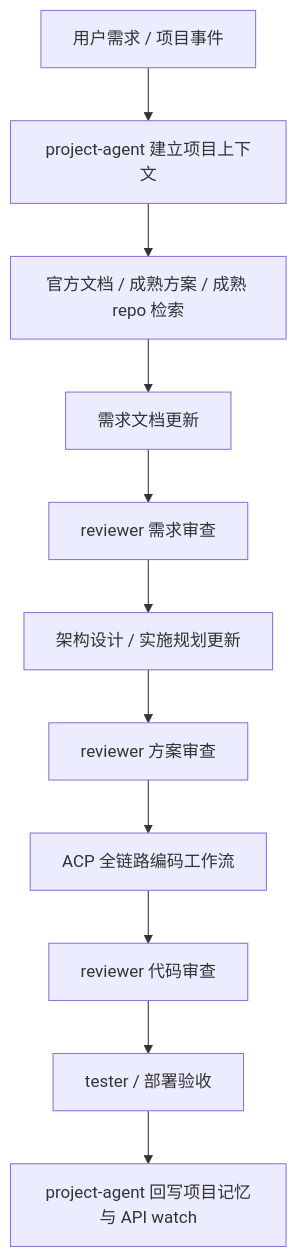
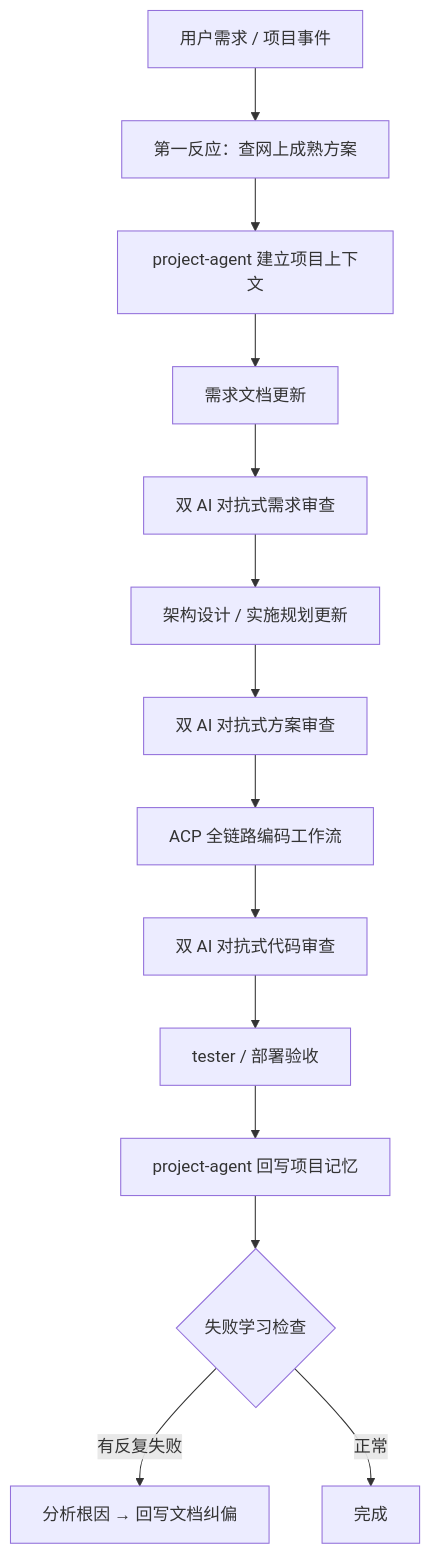
The first of 3 diagrams in docs/核心主工作流/项目交付优先工作流/项目交付优先工作流架构设计.md (XX-Trader/openclaw-hardflow-backup-20260302), drawn with Mermaid before and after one commit. The commit also changed other lines of this file and 38 other files, not shown here.

````diff
--- a/docs/核心主工作流/项目交付优先工作流/项目交付优先工作流架构设计.md
+++ b/docs/核心主工作流/项目交付优先工作流/项目交付优先工作流架构设计.md
@@ -21,13 +21,16 @@
 ```mermaid
 graph TD
-    A[用户需求 / 项目事件] --> B[project-agent 建立项目上下文]
-    B --> C[官方文档 / 成熟方案 / 成熟 repo 检索]
+    A[用户需求 / 项目事件] --> B[第一反应：查网上成熟方案]
+    B --> C[project-agent 建立项目上下文]
     C --> D[需求文档更新]
-    D --> E[reviewer 需求审查]
+    D --> E[双 AI 对抗式需求审查]
     E --> F[架构设计 / 实施规划更新]
-    F --> G[reviewer 方案审查]
+    F --> G[双 AI 对抗式方案审查]
     G --> H[ACP 全链路编码工作流]
-    H --> I[reviewer 代码审查]
+    H --> I[双 AI 对抗式代码审查]
     I --> J[tester / 部署验收]
-    J --> K[project-agent 回写项目记忆与 API watch]
+    J --> K[project-agent 回写项目记忆]
+    K --> L{失败学习检查}
+    L -->|有反复失败| M[分析根因 → 回写文档纠偏]
+    L -->|正常| N[完成]
 ```
````
